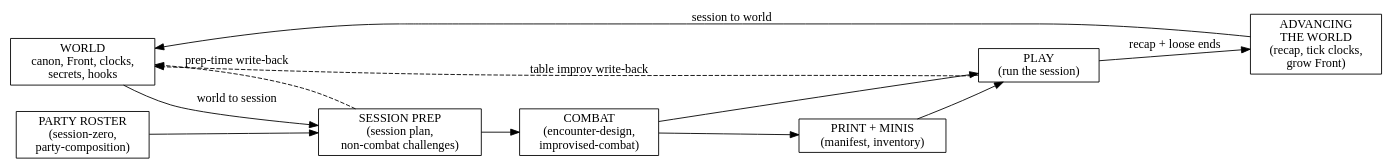
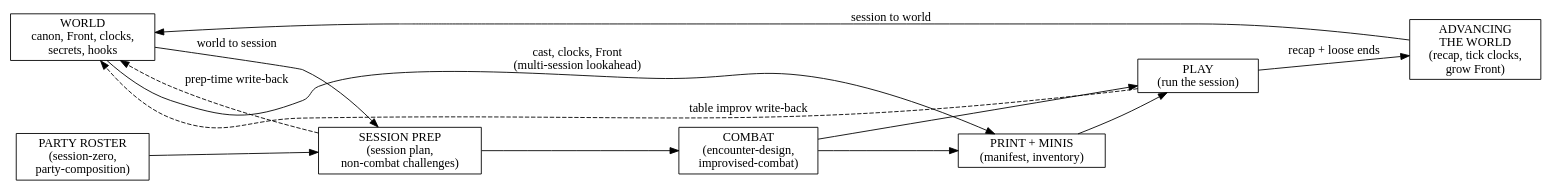
Before and after one commit to doyled-it/doyled-it-skills: the diagram in plugins/dungeon-master-loop/skills/dungeon-master-loop/SKILL.md, drawn with Graphviz. The commit also changed other lines of this file and 4 other files, not shown here.

````diff
--- a/plugins/dungeon-master-loop/skills/dungeon-master-loop/SKILL.md
+++ b/plugins/dungeon-master-loop/skills/dungeon-master-loop/SKILL.md
@@ -48,28 +48,32 @@
 ```dot
 digraph dm_loop {
   rankdir=LR;
   node [shape=box];
 
   world [label="WORLD\ncanon, Front, clocks,\nsecrets, hooks"];
   roster [label="PARTY ROSTER\n(session-zero,\nparty-composition)"];
   prep [label="SESSION PREP\n(session plan,\nnon-combat challenges)"];
   combat [label="COMBAT\n(encounter-design,\nimprovised-combat)"];
   print [label="PRINT + MINIS\n(manifest, inventory)"];
   play [label="PLAY\n(run the session)"];
   advance [label="ADVANCING\nTHE WORLD\n(recap, tick clocks,\ngrow Front)"];
 
   world -> prep [label="world to session"];
   roster -> prep;
   prep -> combat;
   combat -> print;
   combat -> play;
   print -> play;
   play -> advance [label="recap + loose ends"];
   advance -> world [label="session to world"];
 
+  // The cast, clocks, and Front feed the print manifest ahead of any one
+  // session, because print lead time runs days out.
+  world -> print [label="cast, clocks, Front\n(multi-session lookahead)", constraint=false];
+
   // Prep-time write-back: anything invented during prep or improvised at the
   // table is promoted into canon, not left in the session note.
   prep -> world [label="prep-time write-back", style=dashed, constraint=false];
   play -> world [label="table improv write-back", style=dashed, constraint=false];
 }
 ```
````
